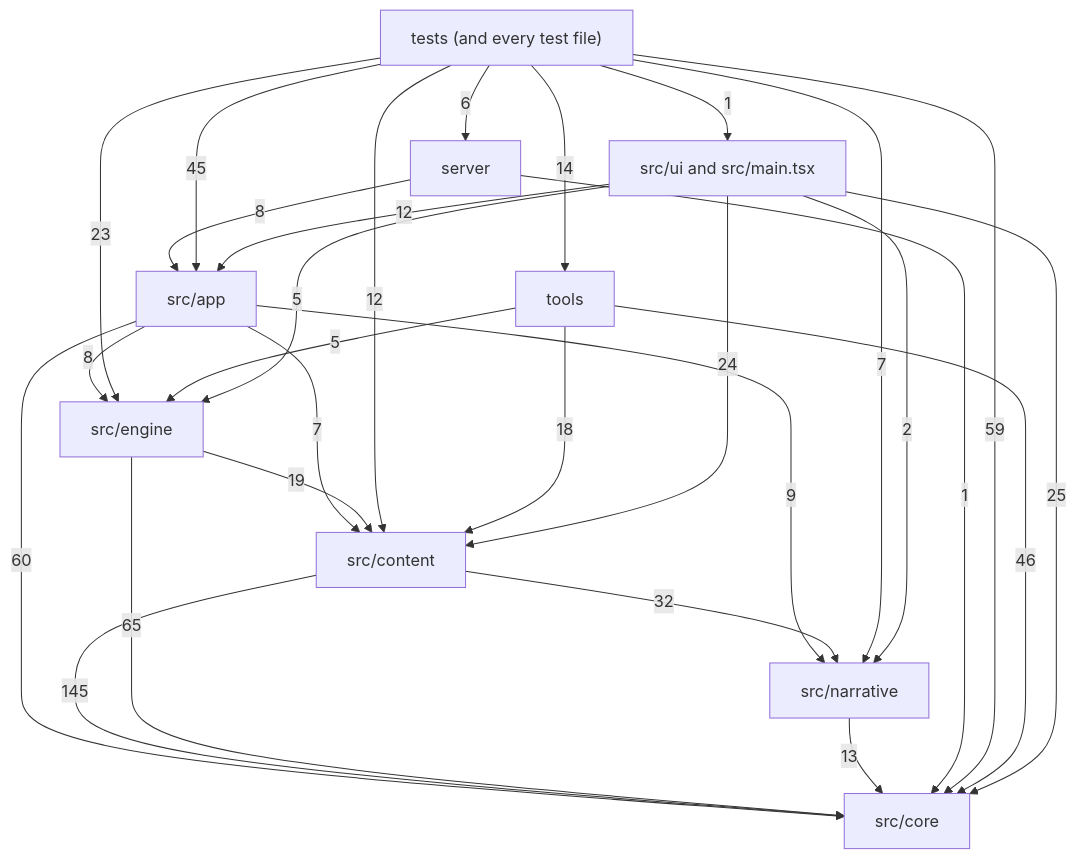
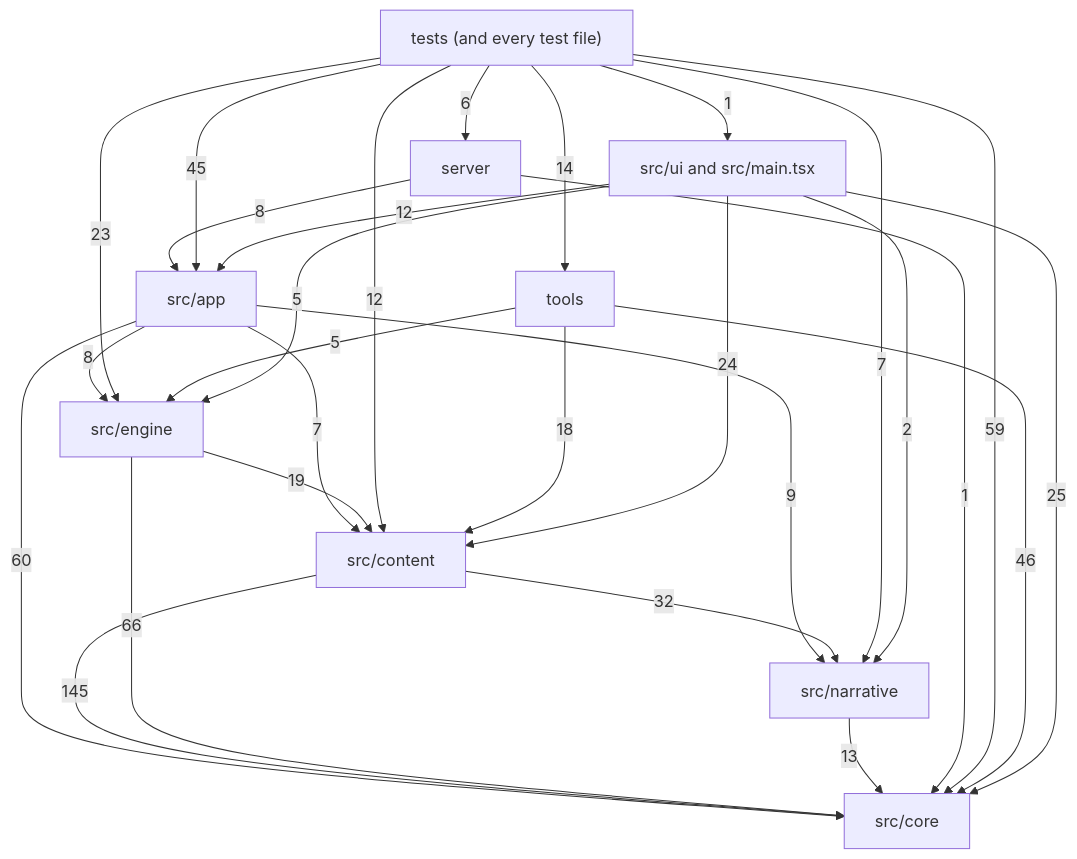
Before and after one commit to OrangeB0lt/Cyber-funk: the diagram in docs/reference/code-map/README.md, drawn with Mermaid. The commit also changed other lines of this file and 13 other files, not shown here.

````diff
--- a/docs/reference/code-map/README.md
+++ b/docs/reference/code-map/README.md
@@ -29,39 +29,39 @@
 ```mermaid
 flowchart TD
   core["src/core"]
   narrative["src/narrative"]
   content["src/content"]
   engine["src/engine"]
   app["src/app"]
   ui["src/ui and src/main.tsx"]
   server["server"]
   tools["tools"]
   tests["tests (and every test file)"]
   app -->|7| content
   app -->|60| core
   app -->|8| engine
   app -->|9| narrative
   content -->|145| core
   content -->|32| narrative
   engine -->|19| content
-  engine -->|65| core
+  engine -->|66| core
   narrative -->|13| core
   server -->|8| app
   server -->|1| core
   tests -->|45| app
   tests -->|12| content
   tests -->|59| core
   tests -->|23| engine
   tests -->|7| narrative
   tests -->|6| server
   tests -->|14| tools
   tests -->|1| ui
   tools -->|18| content
   tools -->|46| core
   tools -->|5| engine
   ui -->|12| app
   ui -->|24| content
   ui -->|25| core
   ui -->|5| engine
   ui -->|2| narrative
 ```
````
